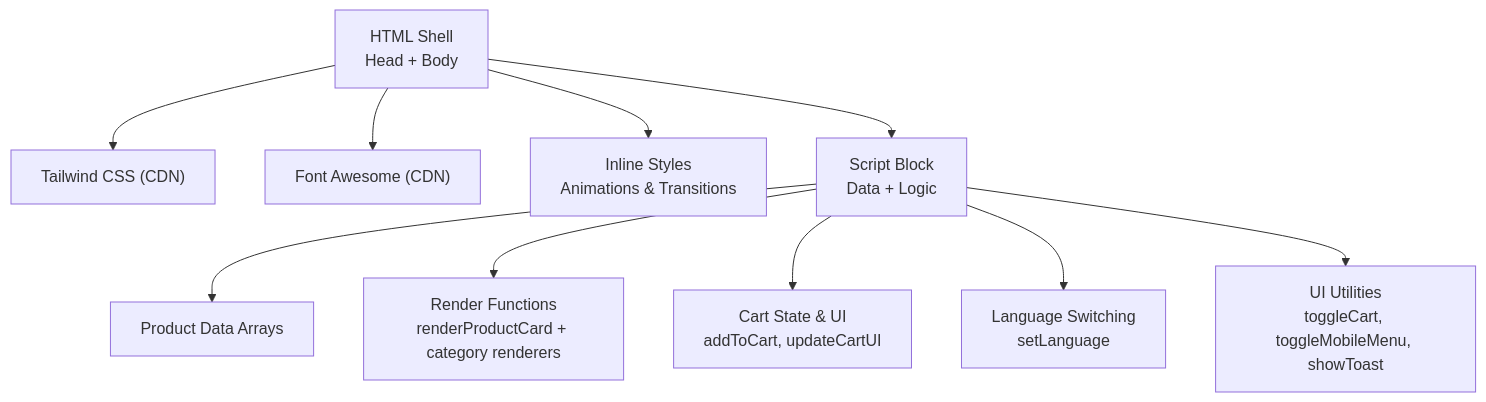
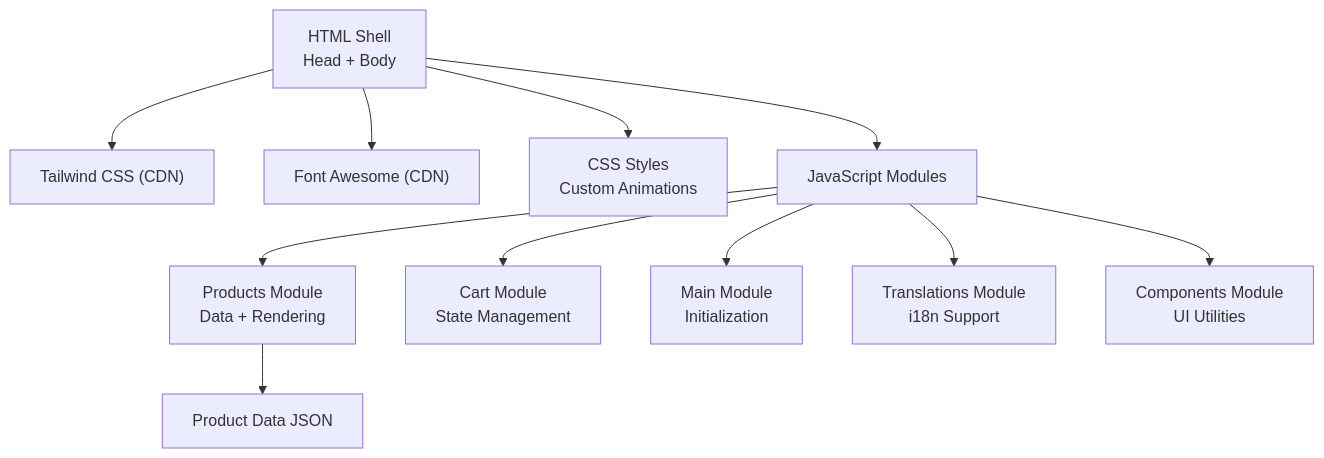
Before and after one commit to queenflowerhk/queenflowerhk.github.io: the first of 6 diagrams in .qoder/repowiki/en/content/Product Management System/Dynamic Product Rendering.md, drawn with Mermaid. The commit also changed other lines of this file and 20 other files, not shown here.

````diff
--- a/.qoder/repowiki/en/content/Product Management System/Dynamic Product Rendering.md
+++ b/.qoder/repowiki/en/content/Product Management System/Dynamic Product Rendering.md
@@ -37,12 +50,13 @@
 ```mermaid
 graph TB
 A["HTML Shell<br/>Head + Body"] --> B["Tailwind CSS (CDN)"]
 A --> C["Font Awesome (CDN)"]
-A --> D["Inline Styles<br/>Animations & Transitions"]
-A --> E["Script Block<br/>Data + Logic"]
-E --> F["Product Data Arrays"]
-E --> G["Render Functions<br/>renderProductCard + category renderers"]
-E --> H["Cart State & UI<br/>addToCart, updateCartUI"]
-E --> I["Language Switching<br/>setLanguage"]
-E --> J["UI Utilities<br/>toggleCart, toggleMobileMenu, showToast"]
+A --> D["CSS Styles<br/>Custom Animations"]
+A --> E["JavaScript Modules"]
+E --> F["Products Module<br/>Data + Rendering"]
+E --> G["Cart Module<br/>State Management"]
+E --> H["Main Module<br/>Initialization"]
+E --> I["Translations Module<br/>i18n Support"]
+E --> J["Components Module<br/>UI Utilities"]
+F --> K["Product Data JSON"]
 ```
````
